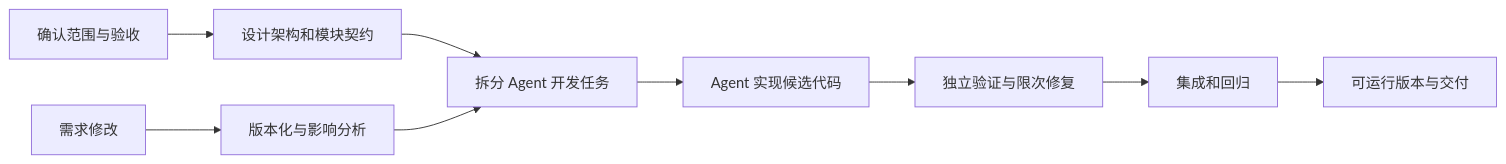
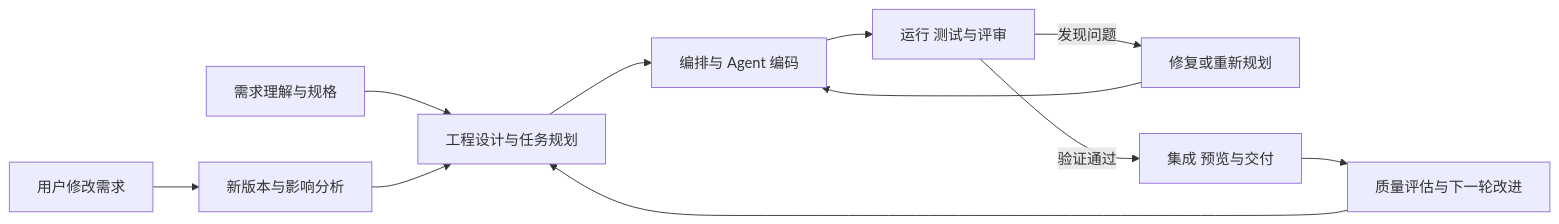
Before and after one commit to Peanora/SE-group1: the diagram in docs/ROADMAP.md, drawn with Mermaid. The commit also changed other lines of this file and 2 other files, not shown here.

Commit message:
docs: focus implementation flow on continuous quality improvement

````diff
--- a/docs/ROADMAP.md
+++ b/docs/ROADMAP.md
@@ -11,11 +9,13 @@
 ```mermaid
 flowchart LR
-    A[确认范围与验收] --> B[设计架构和模块契约]
-    B --> C[拆分 Agent 开发任务]
-    C --> D[Agent 实现候选代码]
-    D --> E[独立验证与限次修复]
-    E --> F[集成和回归]
-    F --> G[可运行版本与交付]
-    H[需求修改] --> I[版本化与影响分析]
-    I --> C
+    A[需求理解与规格] --> B[工程设计与任务规划]
+    B --> C[编排与 Agent 编码]
+    C --> D[运行 测试与评审]
+    D -->|发现问题| E[修复或重新规划]
+    E --> C
+    D -->|验证通过| F[集成 预览与交付]
+    F --> G[质量评估与下一轮改进]
+    G --> B
+    H[用户修改需求] --> I[新版本与影响分析]
+    I --> B
 ```
````
